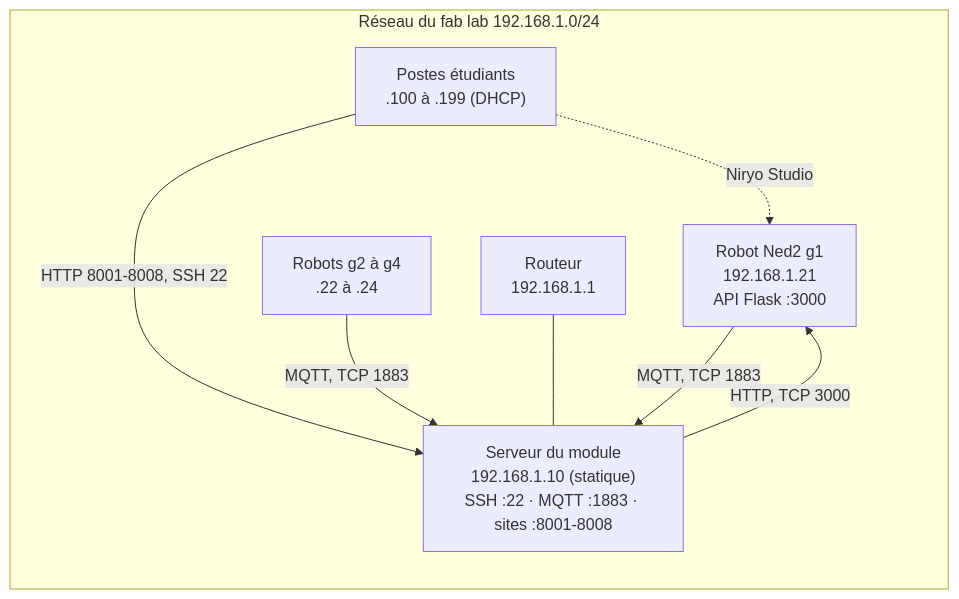
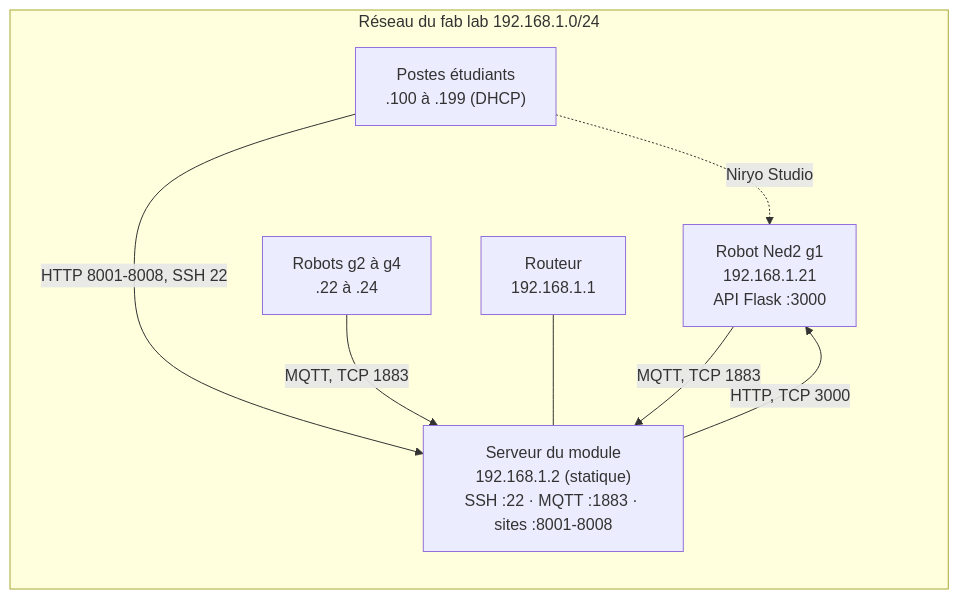
One commit to fabrice1618/niryo2 changed the second of 2 diagrams in cours/reseau_TCP_IP.md. Above: the diagram before and after it, drawn with Mermaid. The commit also changed other lines of this file and 46 other files, not shown here.

First line of the commit message:
Serveur du module en 192.168.1.2 pour les deux NUC, scripts d'installation

````diff
--- a/cours/reseau_TCP_IP.md
+++ b/cours/reseau_TCP_IP.md
@@ -638,16 +638,16 @@
 ```mermaid
 flowchart LR
     subgraph LAN["Réseau du fab lab 192.168.1.0/24"]
         R1["Robot Ned2 g1<br/>192.168.1.21<br/>API Flask :3000"]
         R2["Robots g2 à g4<br/>.22 à .24"]
-        SRV["Serveur du module<br/>192.168.1.10 (statique)<br/>SSH :22 · MQTT :1883 · sites :8001-8008"]
+        SRV["Serveur du module<br/>192.168.1.2 (statique)<br/>SSH :22 · MQTT :1883 · sites :8001-8008"]
         PC["Postes étudiants<br/>.100 à .199 (DHCP)"]
         GW["Routeur<br/>192.168.1.1"]
     end
     R1 -- "MQTT, TCP 1883" --> SRV
     R2 -- "MQTT, TCP 1883" --> SRV
     SRV -- "HTTP, TCP 3000" --> R1
     PC -- "HTTP 8001-8008, SSH 22" --> SRV
     PC -. "Niryo Studio" .-> R1
     GW --- SRV
 ```
````
